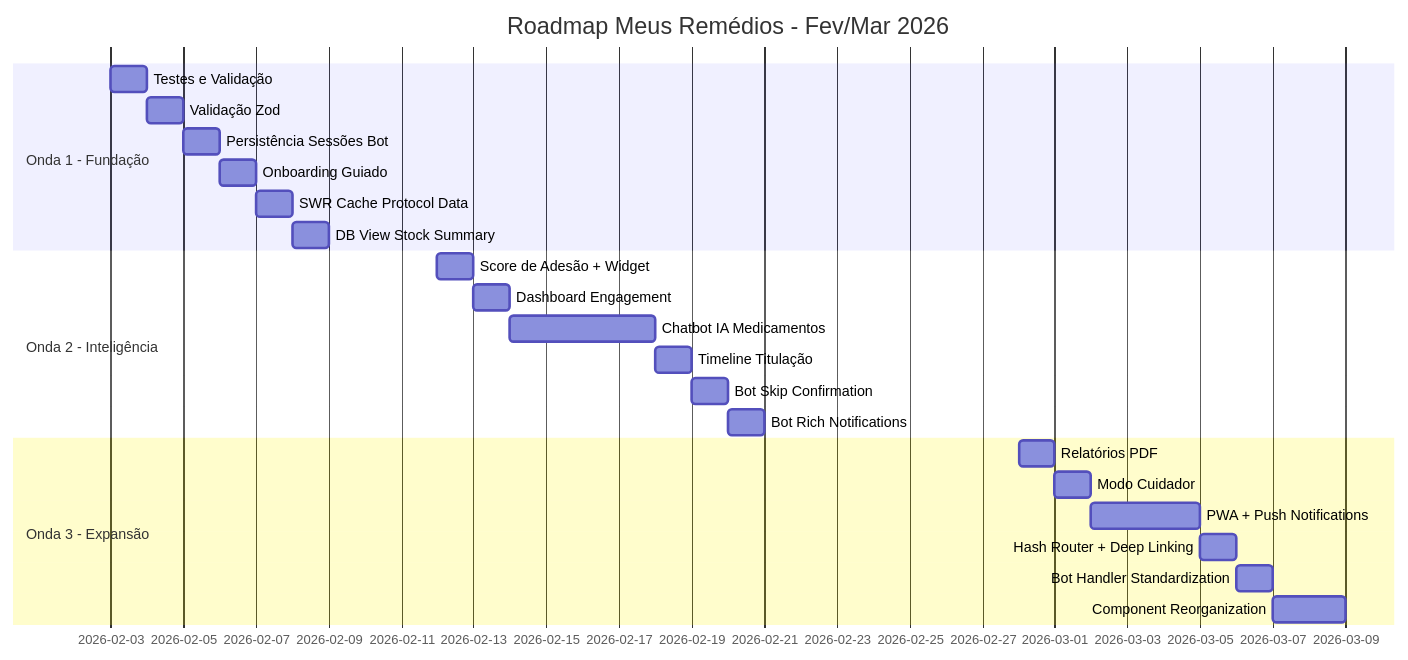
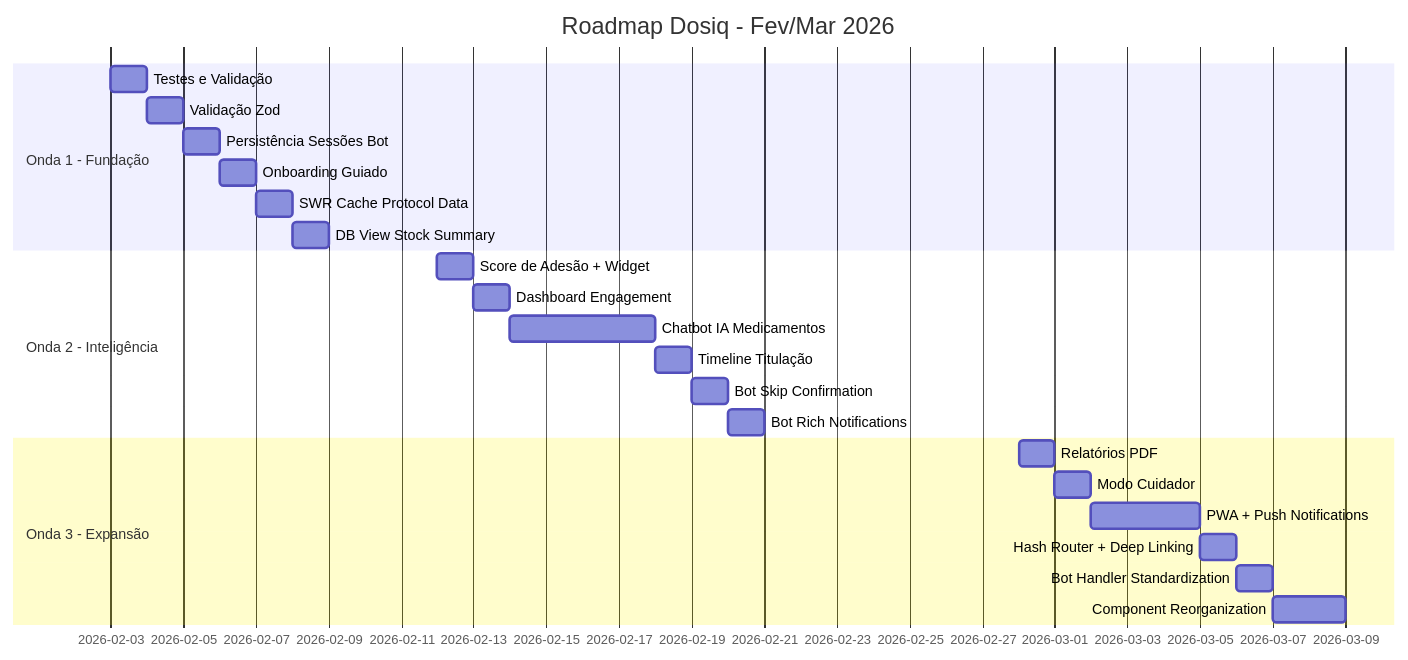
One commit to coelhotv/dosiq changed the second of 2 diagrams in plans/archive_old/roadmap_v3/ROADMAP_CONSOLIDADO_FINAL.md. Above: the diagram before and after it, drawn with Mermaid. The commit also changed other lines of this file and 151 other files, not shown here.

````diff
--- a/plans/archive_old/roadmap_v3/ROADMAP_CONSOLIDADO_FINAL.md
+++ b/plans/archive_old/roadmap_v3/ROADMAP_CONSOLIDADO_FINAL.md
@@ -223,29 +223,29 @@
 ```mermaid
 gantt
-    title Roadmap Meus Remédios - Fev/Mar 2026
+    title Roadmap Dosiq - Fev/Mar 2026
     dateFormat  YYYY-MM-DD
     
     section Onda 1 - Fundação
     Testes e Validação           :a1, 2026-02-03, 1d
     Validação Zod                :a2, after a1, 1d
     Persistência Sessões Bot     :a3, after a2, 1d
     Onboarding Guiado            :a4, after a3, 1d
     SWR Cache Protocol Data      :a5, after a4, 1d
     DB View Stock Summary        :a6, after a5, 1d
     
     section Onda 2 - Inteligência
     Score de Adesão + Widget     :b1, 2026-02-12, 1d
     Dashboard Engagement         :b2, after b1, 1d
     Chatbot IA Medicamentos      :b3, after b2, 4d
     Timeline Titulação           :b4, after b3, 1d
     Bot Skip Confirmation        :b5, after b4, 1d
     Bot Rich Notifications       :b6, after b5, 1d
     
     section Onda 3 - Expansão
     Relatórios PDF               :c1, 2026-02-28, 1d
     Modo Cuidador                :c2, after c1, 1d
     PWA + Push Notifications     :c3, after c2, 3d
     Hash Router + Deep Linking   :c4, after c3, 1d
     Bot Handler Standardization  :c5, after c4, 1d
     Component Reorganization     :c6, after c5, 2d
 ```
````
